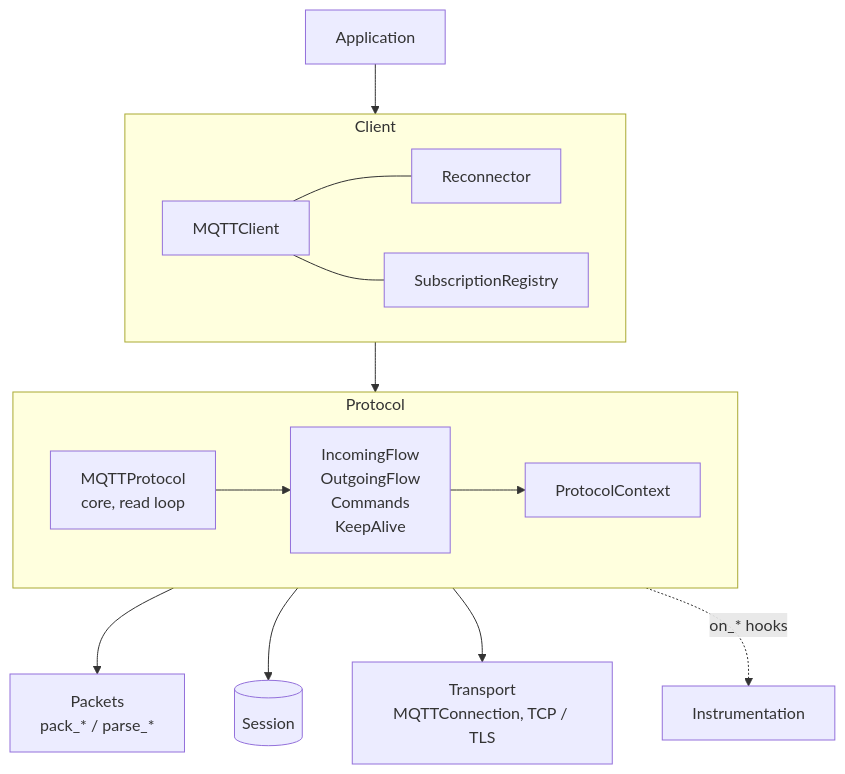
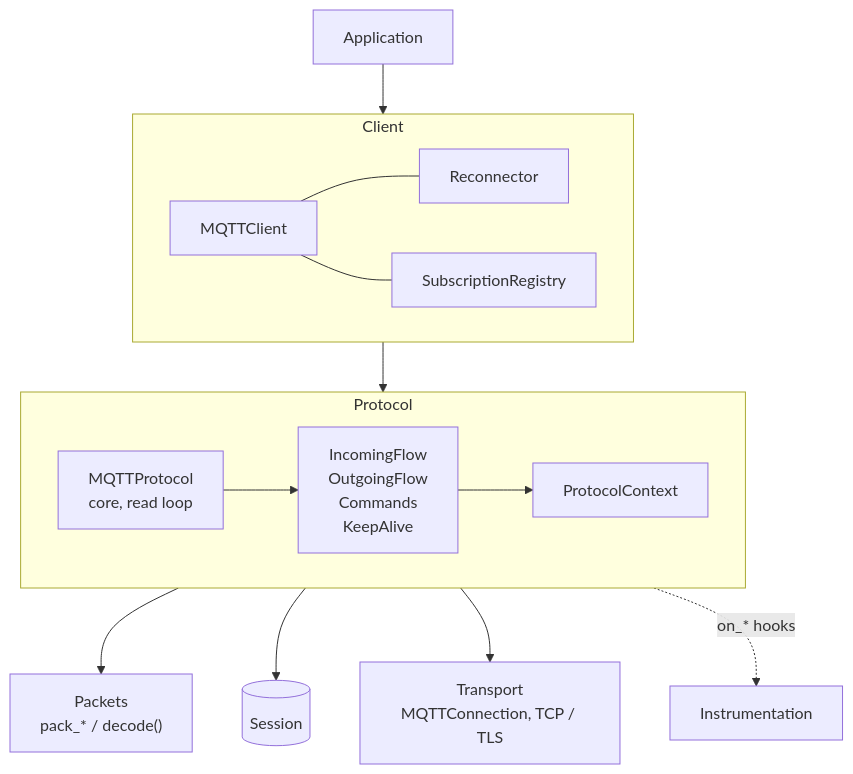
Before and after one commit to Mixser/zenmqtt: the first of 11 diagrams in docs/architecture.md, drawn with Mermaid. The commit also changed other lines of this file and 11 other files, not shown here.

````diff
--- a/docs/architecture.md
+++ b/docs/architecture.md
@@ -9,23 +9,23 @@
 ```mermaid
 flowchart TB
     app["Application"] --> client_layer
 
     subgraph client_layer["Client"]
         direction LR
         client["MQTTClient"] --- reconnector["Reconnector"]
         client --- registry["SubscriptionRegistry"]
     end
 
     client_layer --> protocol_layer
 
     subgraph protocol_layer["Protocol"]
         direction LR
         core["MQTTProtocol<br/>core, read loop"] --> parts["IncomingFlow<br/>OutgoingFlow<br/>Commands<br/>KeepAlive"]
         parts --> context["ProtocolContext"]
     end
 
-    protocol_layer --> codec["Packets<br/>pack_* / parse_*"]
+    protocol_layer --> codec["Packets<br/>pack_* / decode()"]
     protocol_layer --> session[("Session")]
     protocol_layer --> transport["Transport<br/>MQTTConnection, TCP / TLS"]
     protocol_layer -. "on_* hooks" .-> metrics["Instrumentation"]
 ```
````
